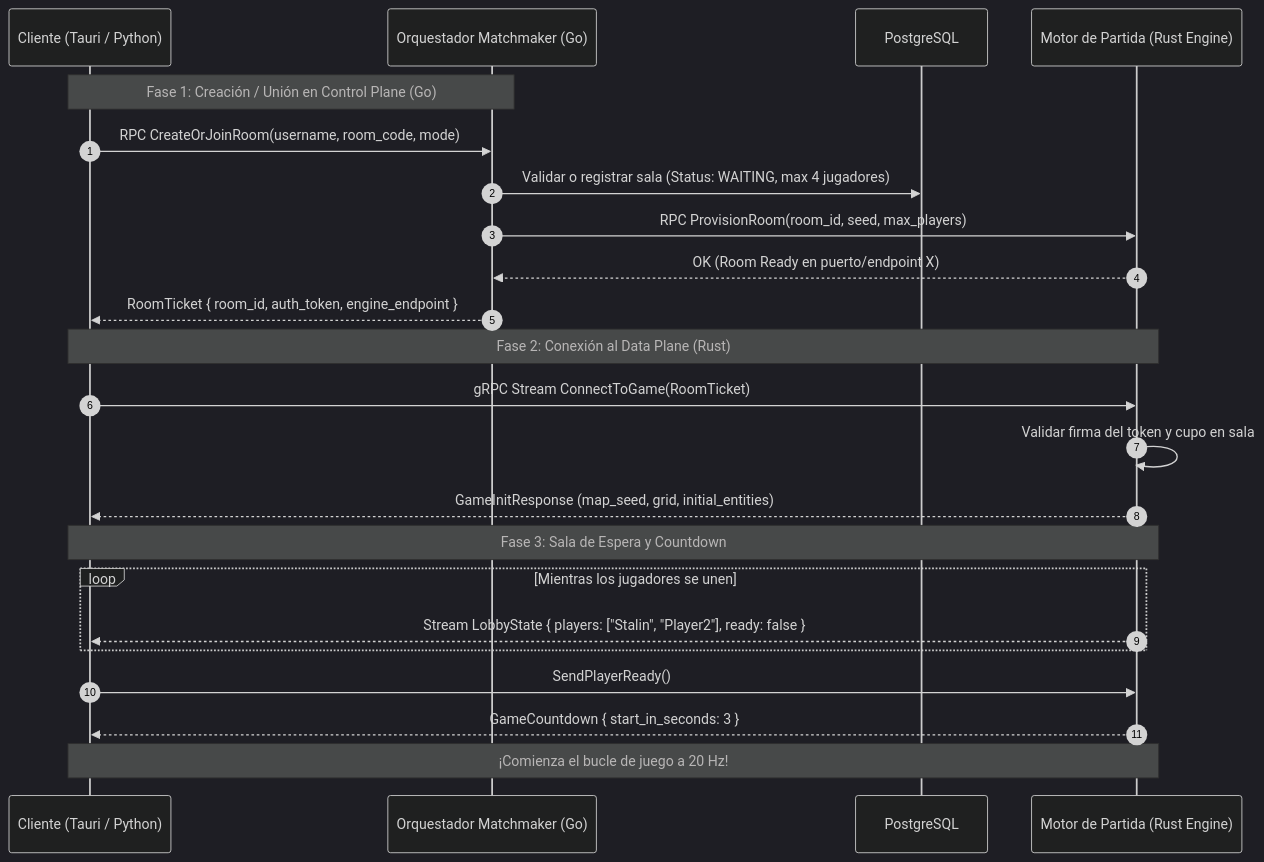
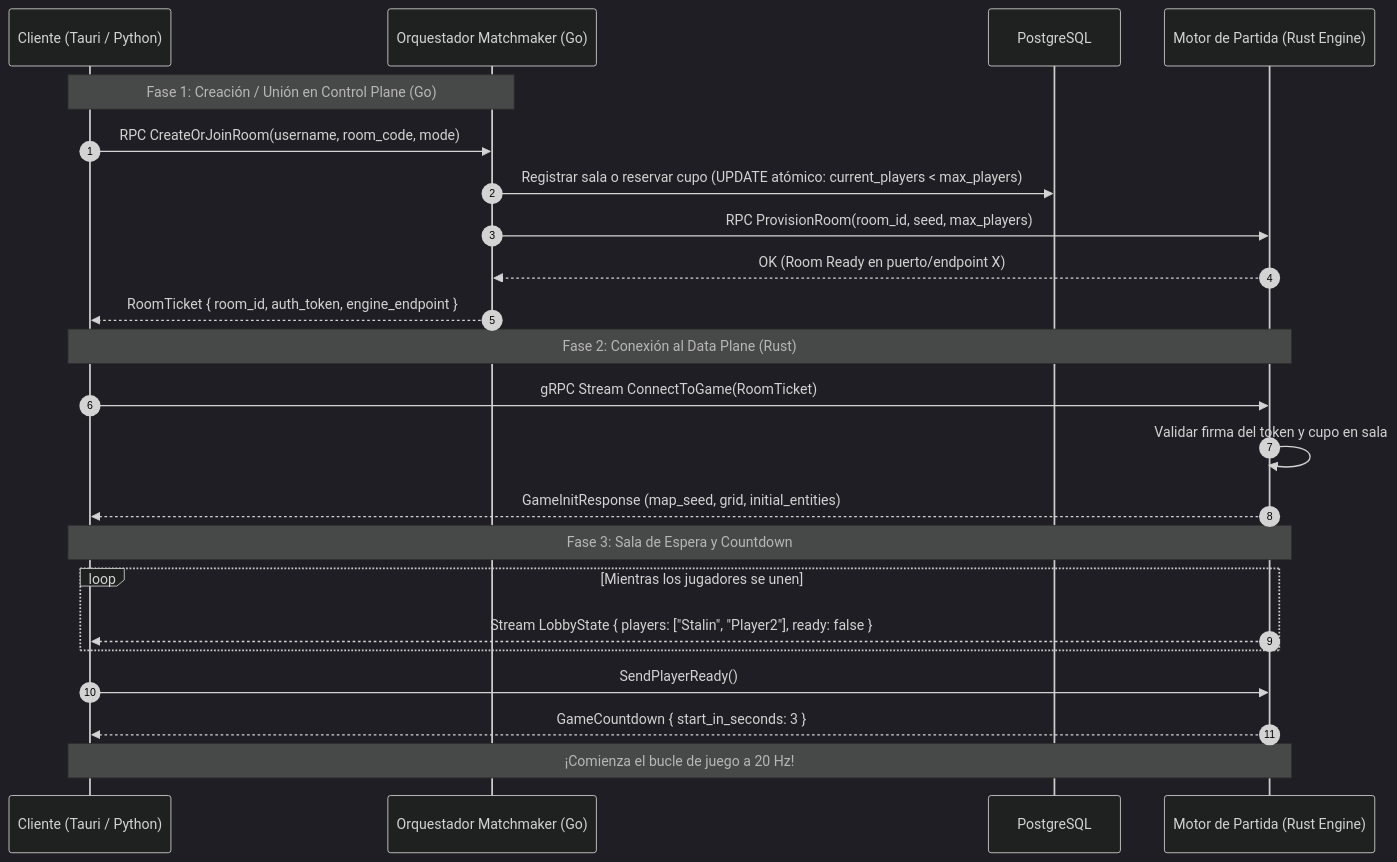
Before and after one commit to emiliofalconi/ecostream-3r: the third of 3 diagrams in docs/ARQUITECTURA_Y_PLANIFICACION.md, drawn with Mermaid (dark theme). The commit also changed other lines of this file and 2 other files, not shown here.

Commit message:
docs: unificar punto de entrada (DNS + LB cliente), cola acotada, Redis como cache, gracia 10s y contratos en planificacion, UML y gateways

````diff
--- a/docs/ARQUITECTURA_Y_PLANIFICACION.md
+++ b/docs/ARQUITECTURA_Y_PLANIFICACION.md
@@ -221,28 +203,28 @@
 ```mermaid
 sequenceDiagram
     autonumber
     participant Cliente as Cliente (Tauri / Python)
     participant Gateway as Orquestador Matchmaker (Go)
     participant DB as PostgreSQL
     participant Rust as Motor de Partida (Rust Engine)
 
     Note over Cliente,Gateway: Fase 1: Creación / Unión en Control Plane (Go)
     Cliente->>Gateway: RPC CreateOrJoinRoom(username, room_code, mode)
-    Gateway->>DB: Validar o registrar sala (Status: WAITING, max 4 jugadores)
+    Gateway->>DB: Registrar sala o reservar cupo (UPDATE atómico: current_players < max_players)
     Gateway->>Rust: RPC ProvisionRoom(room_id, seed, max_players)
     Rust-->>Gateway: OK (Room Ready en puerto/endpoint X)
     Gateway-->>Cliente: RoomTicket { room_id, auth_token, engine_endpoint }
 
     Note over Cliente,Rust: Fase 2: Conexión al Data Plane (Rust)
     Cliente->>Rust: gRPC Stream ConnectToGame(RoomTicket)
     Rust->>Rust: Validar firma del token y cupo en sala
     Rust-->>Cliente: GameInitResponse (map_seed, grid, initial_entities)
     
     Note over Cliente,Rust: Fase 3: Sala de Espera y Countdown
     loop Mientras los jugadores se unen
         Rust-->>Cliente: Stream LobbyState { players: ["Stalin", "Player2"], ready: false }
     end
     Cliente->>Rust: SendPlayerReady()
     Rust-->>Cliente: GameCountdown { start_in_seconds: 3 }
     Note over Cliente,Rust: ¡Comienza el bucle de juego a 20 Hz!
 ```
````
